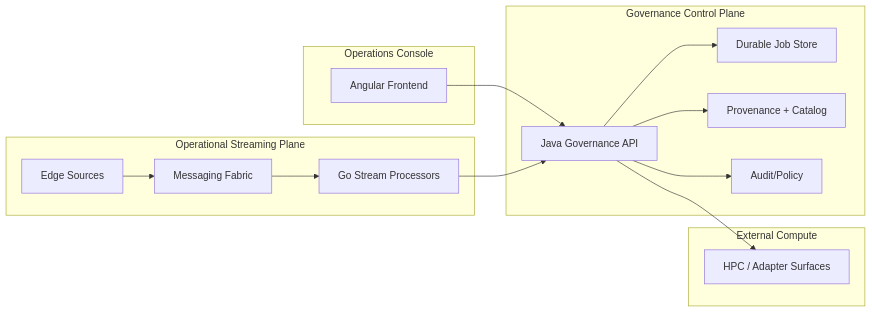
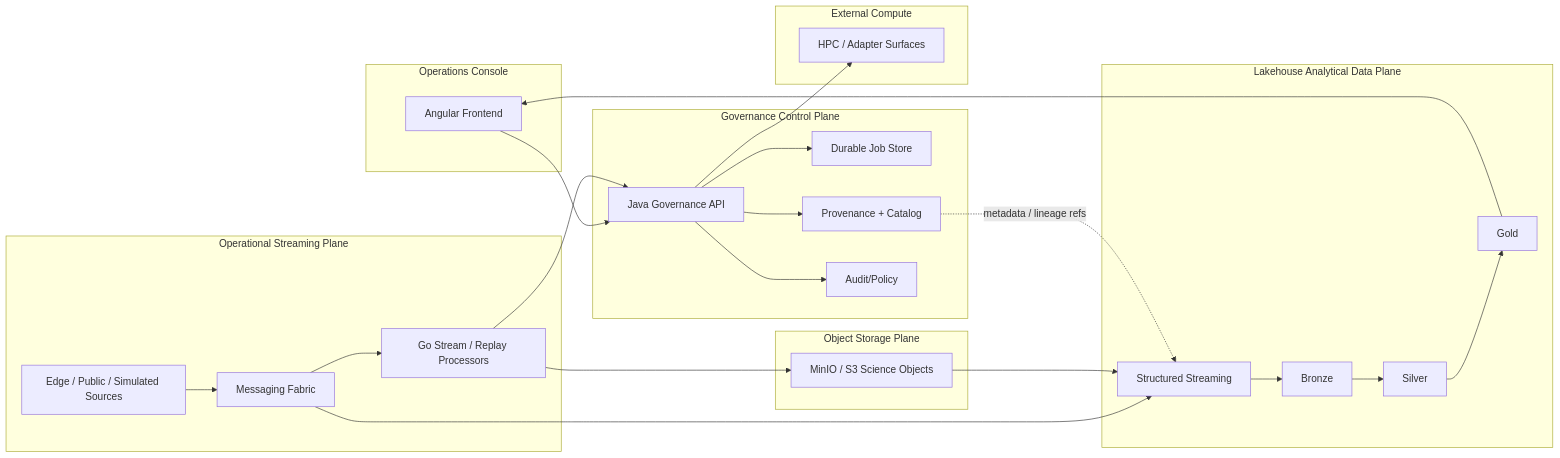
One commit to JeffreySanford/phase-2-cosmic changed the second of 2 diagrams in documentation/architecture/ARCHITECTURE.md. Above: the diagram before and after it, drawn with Mermaid. The commit also changed other lines of this file and 119 other files, not shown here.

````diff
--- a/documentation/architecture/ARCHITECTURE.md
+++ b/documentation/architecture/ARCHITECTURE.md
@@ -101,31 +112,48 @@
 ```mermaid
 flowchart LR
   subgraph FE[Operations Console]
     UI[Angular Frontend]
   end
 
   subgraph OP[Operational Streaming Plane]
-    Edge[Edge Sources]
+    Edge[Edge / Public / Simulated Sources]
     Broker[Messaging Fabric]
-    StreamProc[Go Stream Processors]
+    StreamProc[Go Stream / Replay Processors]
     Edge --> Broker --> StreamProc
   end
 
   subgraph GOV[Governance Control Plane]
     API[Java Governance API]
     Jobs[Durable Job Store]
     Prov[Provenance + Catalog]
     Audit[Audit/Policy]
     API --> Jobs
     API --> Prov
     API --> Audit
   end
 
+  subgraph OBJ[Object Storage Plane]
+    Store[MinIO / S3 Science Objects]
+  end
+
+  subgraph LAKE[Lakehouse Analytical Data Plane]
+    Stream[Structured Streaming]
+    Bronze[Bronze]
+    Silver[Silver]
+    Gold[Gold]
+    Stream --> Bronze --> Silver --> Gold
+  end
+
   subgraph EXT[External Compute]
     HPC[HPC / Adapter Surfaces]
   end
 
   UI --> API
   StreamProc --> API
+  StreamProc --> Store
+  Broker --> Stream
+  Store --> Stream
+  Prov -. metadata / lineage refs .-> Stream
+  Gold --> UI
   API --> HPC
 ```
````
